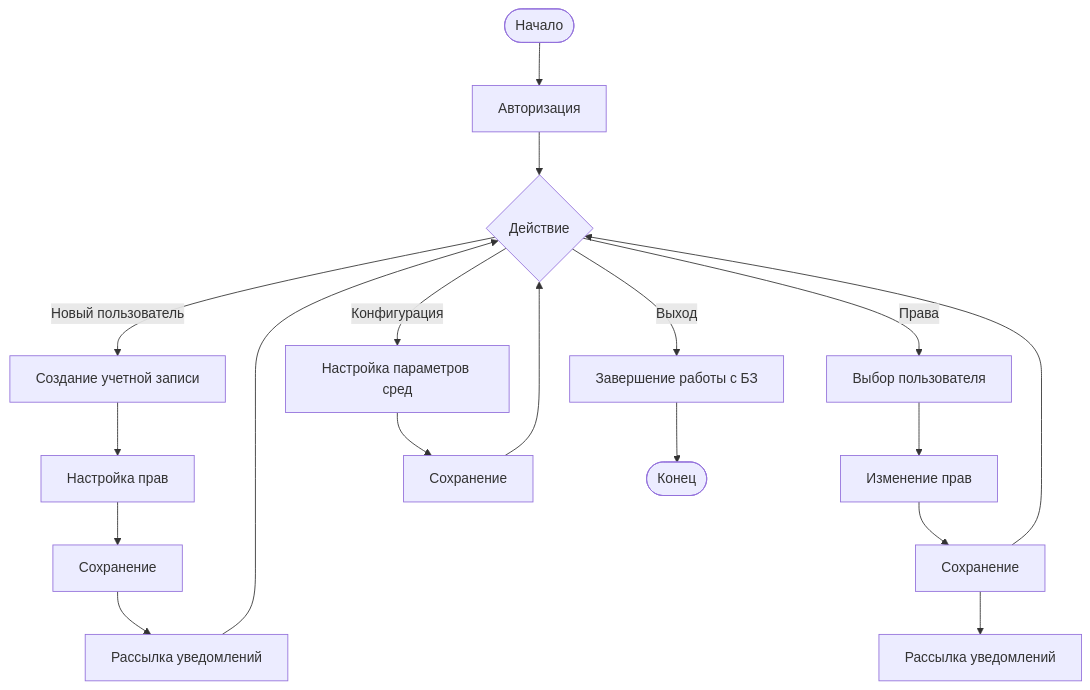
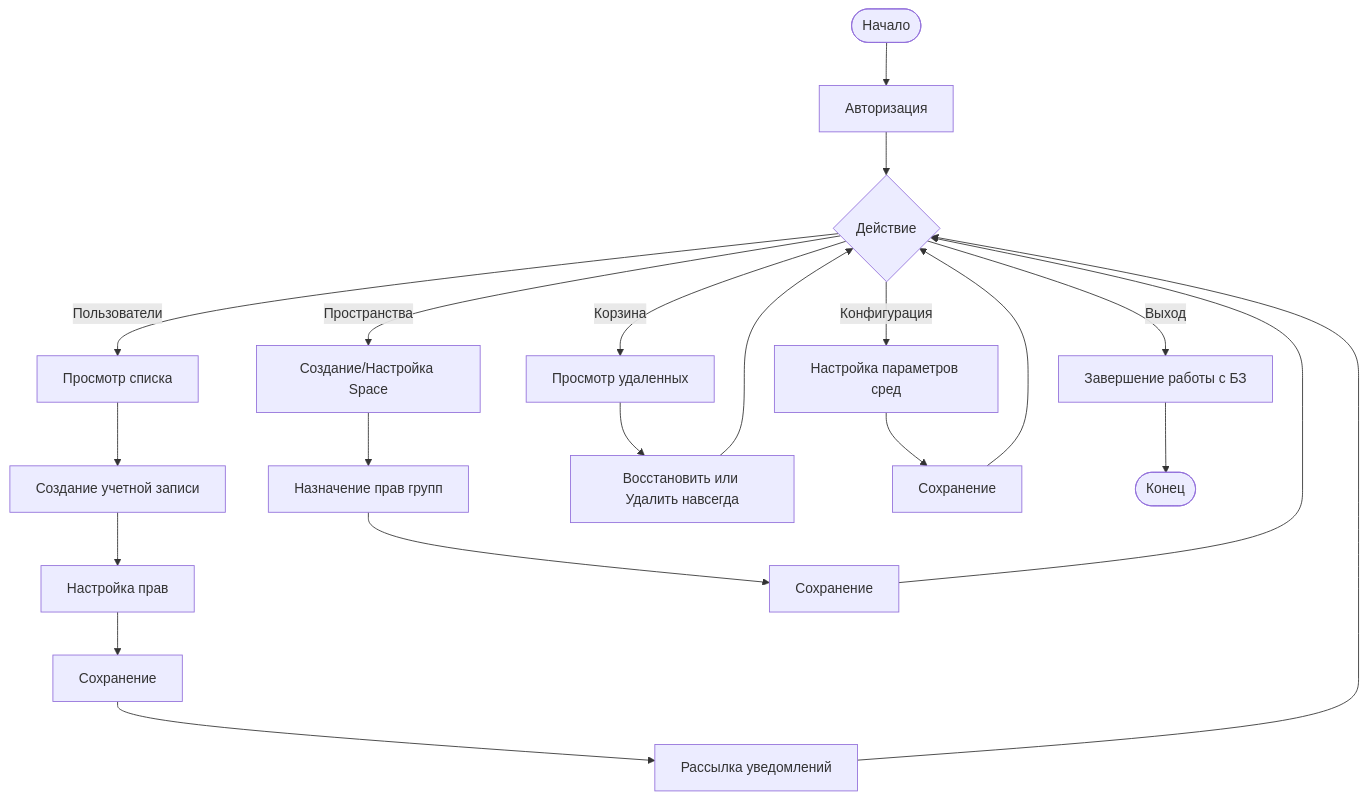
Before and after one commit to C23-501-SoftDev/Docs: the third of 4 diagrams in base-requirements.md, drawn with Mermaid. The commit also changed other lines of this file and 1 other file, not shown here.

````diff
--- a/base-requirements.md
+++ b/base-requirements.md
@@ -120,24 +134,28 @@
 ```mermaid
 graph TD
     Start([Начало]) --> Login[Авторизация]
     Login --> AdminAction{Действие}
     
-    AdminAction -->|Новый пользователь| AddUser[Создание учетной записи]
+    AdminAction -->|Пользователи| UserList[Просмотр списка]
+    UserList --> AddUser[Создание учетной записи]
     AddUser --> UserRights[Настройка прав]
     UserRights --> SaveUser[Сохранение]
     SaveUser --> SendNotifyUser[Рассылка уведомлений]
     SendNotifyUser --> AdminAction
     
-    AdminAction -->|Права| SelectUser[Выбор пользователя]
-    SelectUser --> ChangeRights[Изменение прав]
-    ChangeRights --> SaveRights[Сохранение]
-    SaveRights --> SendNotifyRights[Рассылка уведомлений]
-    SaveRights --> AdminAction
+    AdminAction -->|Пространства| CreateSpace[Создание/Настройка Space]
+    CreateSpace --> SpaceRights[Назначение прав групп]
+    SpaceRights --> SaveSpace[Сохранение]
+    SaveSpace --> AdminAction
+
+    AdminAction -->|Корзина| ViewTrash[Просмотр удаленных]
+    ViewTrash --> RestoreOrHard[Восстановить или Удалить навсегда]
+    RestoreOrHard --> AdminAction
     
     AdminAction -->|Конфигурация| Config[Настройка параметров сред]
     Config --> SaveConfig[Сохранение]
     SaveConfig --> AdminAction
     
     AdminAction -->|Выход| Logout[Завершение работы с БЗ]
     Logout --> End([Конец])
 ```
````
